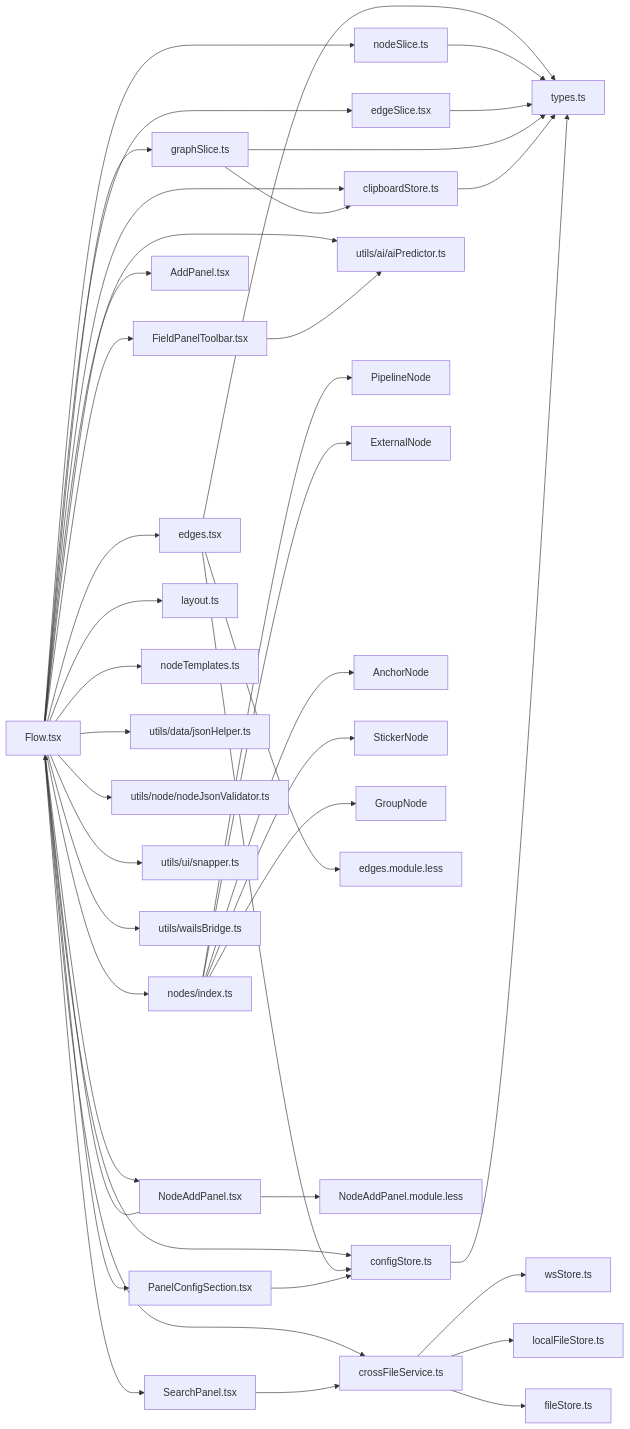
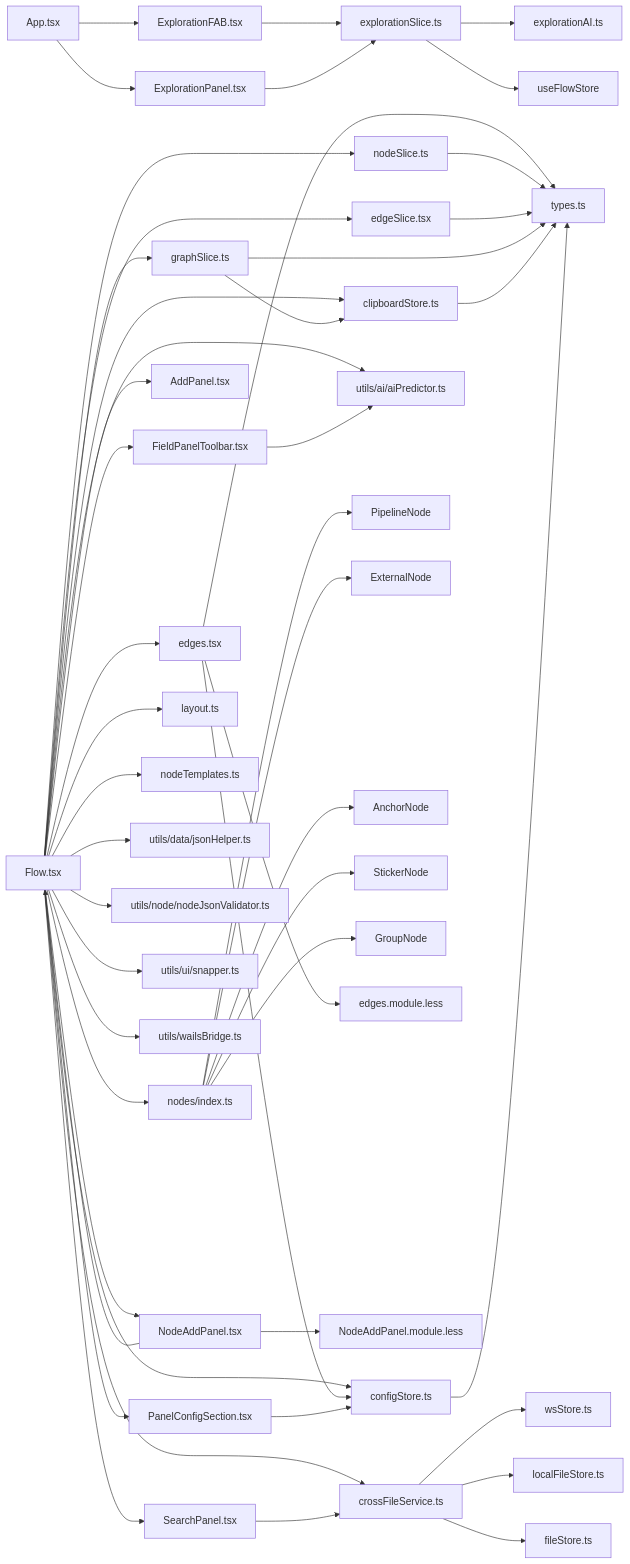
Diagram 19 of 31 in .qoder/repowiki/zh/content/工作流编辑器/工作流编辑器.md (kqcoxn/MaaPipelineEditor), drawn with Mermaid before and after one commit. The commit also changed other lines of this file and 8 other files, not shown here.

````diff
--- a/.qoder/repowiki/zh/content/工作流编辑器/工作流编辑器.md
+++ b/.qoder/repowiki/zh/content/工作流编辑器/工作流编辑器.md
@@ -773,45 +869,51 @@
 ```mermaid
 graph LR
+App["App.tsx"] --> ExplorationFAB["ExplorationFAB.tsx"]
+App --> ExplorationPanel["ExplorationPanel.tsx"]
+ExplorationFAB --> ExplorationSlice["explorationSlice.ts"]
+ExplorationPanel --> ExplorationSlice
+ExplorationSlice --> ExplorationAI["explorationAI.ts"]
+ExplorationSlice --> FlowStore["useFlowStore"]
 Flow["Flow.tsx"] --> NodesIdx["nodes/index.ts"]
 Flow --> Edges["edges.tsx"]
 Flow --> ConfigPanel["PanelConfigSection.tsx"]
 Flow --> NodeAddPanel["NodeAddPanel.tsx"]
 Flow --> SearchPanel["SearchPanel.tsx"]
 Flow --> AddPanel["AddPanel.tsx"]
 Flow --> FieldPanelToolbar["FieldPanelToolbar.tsx"]
 Flow --> NS["nodeSlice.ts"]
 Flow --> ES["edgeSlice.tsx"]
 Flow --> GS["graphSlice.ts"]
 Flow --> CS["clipboardStore.ts"]
 Flow --> Layout["layout.ts"]
 Flow --> Templates["nodeTemplates.ts"]
 Flow --> ConfigStore["configStore.ts"]
 Flow --> CrossFileService["crossFileService.ts"]
 Flow --> AIPredictor["utils/ai/aiPredictor.ts"]
 Flow --> JsonHelper["utils/data/jsonHelper.ts"]
 Flow --> NodeJsonValidator["utils/node/nodeJsonValidator.ts"]
 Flow --> Snapper["utils/ui/snapper.ts"]
 Flow --> WailsBridge["utils/wailsBridge.ts"]
 NodesIdx --> PN["PipelineNode"]
 NodesIdx --> EN["ExternalNode"]
 NodesIdx --> AN["AnchorNode"]
 NodesIdx --> SN["StickerNode"]
 NodesIdx --> GN["GroupNode"]
 Edges --> Types["types.ts"]
 Edges --> ConfigStore
 Edges --> Styles["edges.module.less"]
 NS --> Types
 ES --> Types
 GS --> CS
 GS --> Types
 CS --> Types
 ConfigPanel --> ConfigStore
 ConfigStore --> Types
 SearchPanel --> CrossFileService
 FieldPanelToolbar --> AIPredictor
 NodeAddPanel --> Flow
 NodeAddPanel --> NodeAddStyles["NodeAddPanel.module.less"]
 CrossFileService --> WSStore["wsStore.ts"]
 CrossFileService --> LocalFileStore["localFileStore.ts"]
 CrossFileService --> FileStore["fileStore.ts"]
 ```
````
